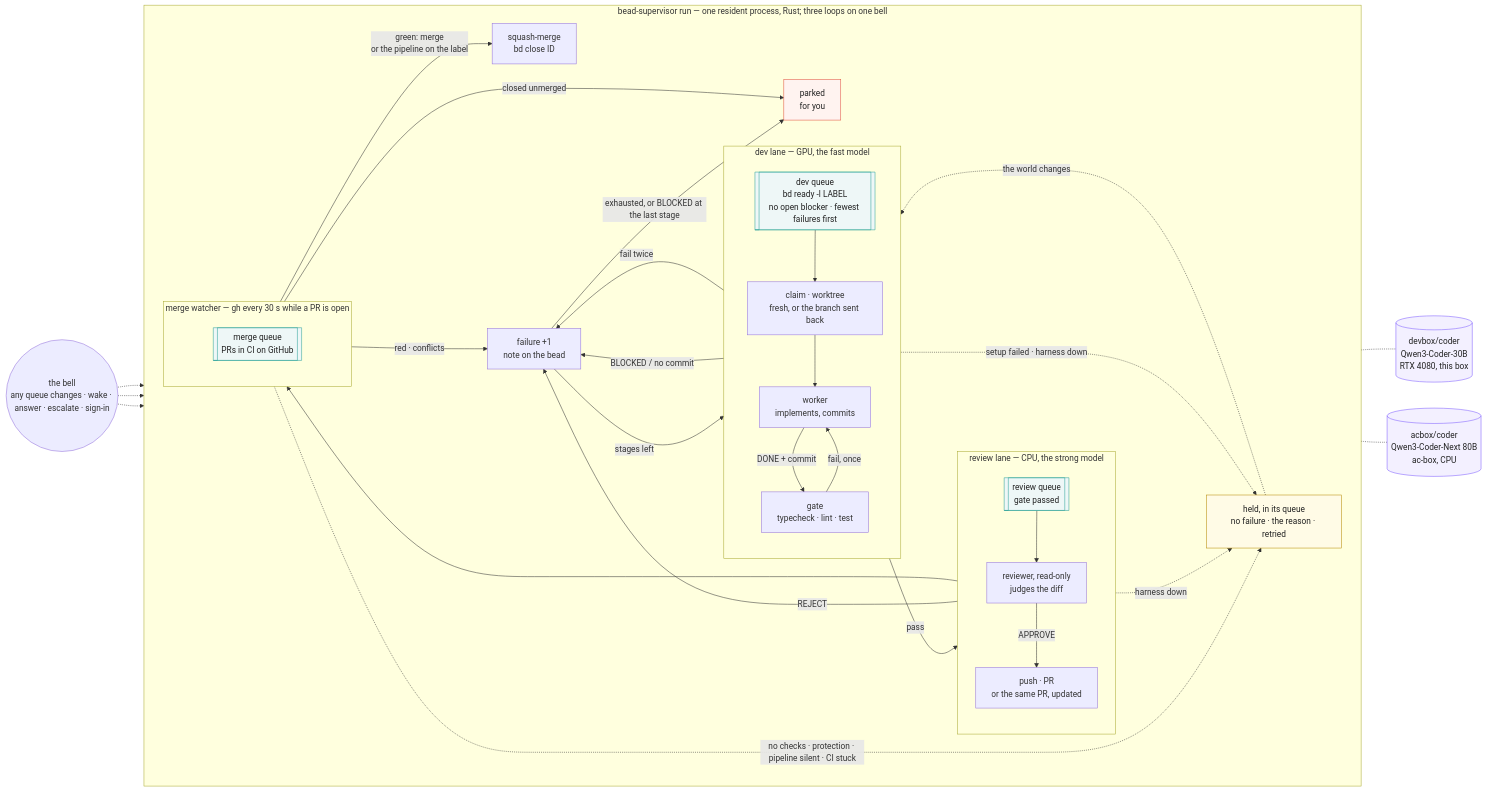
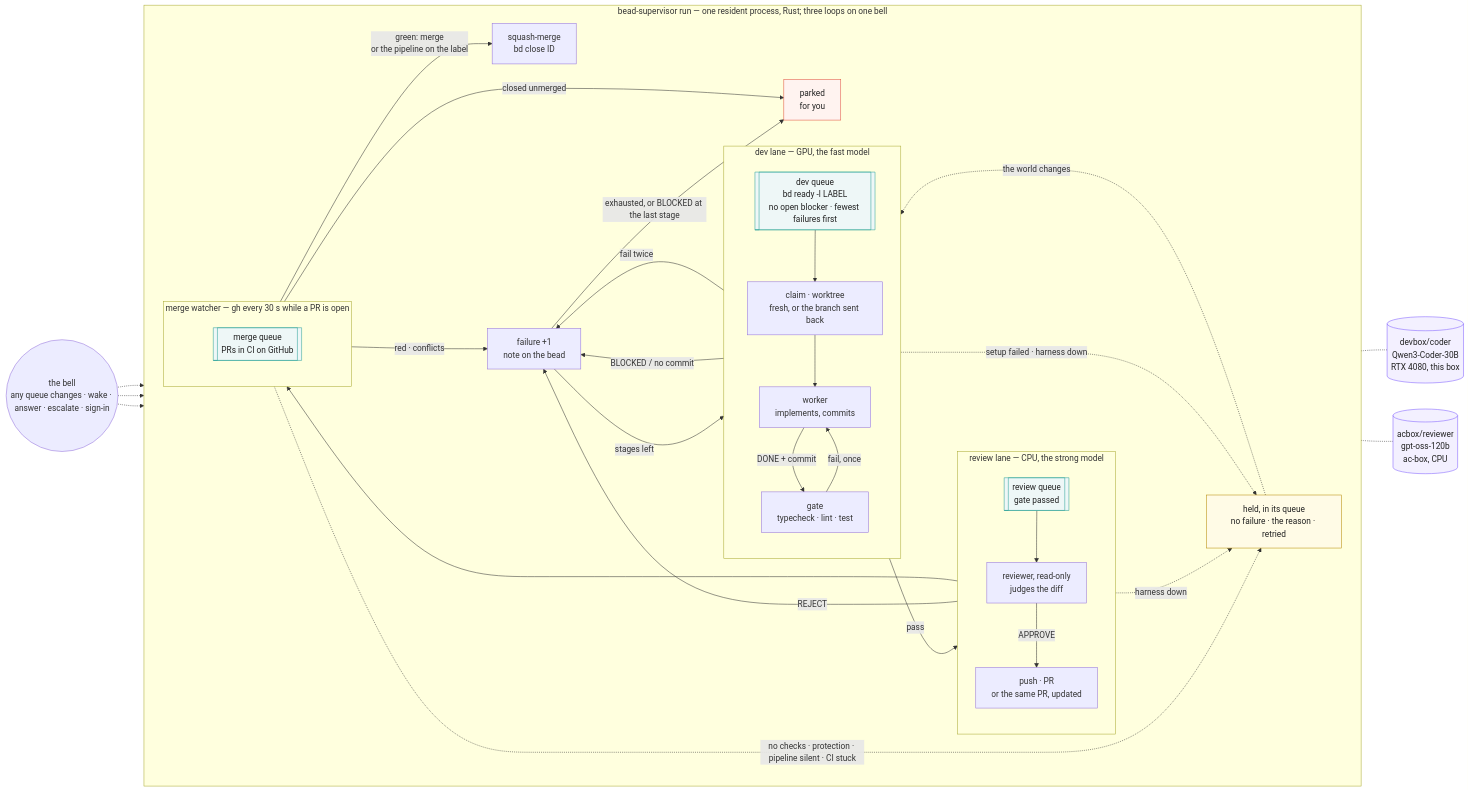
Before and after one commit to imkarrer/bead-loop: the diagram in README.md, drawn with Mermaid. The commit also changed other lines of this file and 2 other files, not shown here.

First line of the commit message:
docs: the reviewer is acbox/reviewer (gpt-oss-120b), a different family from every worker -- README, install.sh, the agent's default

````diff
--- a/README.md
+++ b/README.md
@@ -13,56 +13,56 @@
 ```mermaid
 flowchart LR
   subgraph run [bead-supervisor run — one resident process, Rust; three loops on one bell]
     direction LR
 
     subgraph devlane [dev lane — GPU, the fast model]
       direction TB
       DQ[[dev queue<br/>bd ready -l LABEL<br/>no open blocker · fewest failures first]] --> C[claim · worktree<br/>fresh, or the branch sent back]
       C --> W[worker<br/>implements, commits]
       W -- DONE + commit --> G[gate<br/>typecheck · lint · test]
       G -- fail, once --> W
     end
 
     subgraph reviewlane [review lane — CPU, the strong model]
       direction TB
       RQ[[review queue<br/>gate passed]] --> V[reviewer, read-only<br/>judges the diff]
       V -- APPROVE --> PR[push · PR<br/>or the same PR, updated]
     end
 
     subgraph watcher [merge watcher — gh every 30 s while a PR is open]
       direction TB
       MQ[[merge queue<br/>PRs in CI on GitHub]]
     end
 
     G -- pass --> RQ
     PR --> MQ
     MQ -- green: merge<br/>or the pipeline on the label --> M[squash-merge<br/>bd close ID]
     MQ -- red · conflicts --> F
     MQ -- closed unmerged --> H
     W -- BLOCKED / no commit --> F
     G -- fail twice --> F
     V -- REJECT --> F
     F[failure +1<br/>note on the bead] -- stages left --> DQ
     F -- exhausted, or BLOCKED at the last stage --> H[parked<br/>for you]
     W -. setup failed · harness down .-> HD
     V -. harness down .-> HD
     MQ -. no checks · protection · pipeline silent · CI stuck .-> HD
     HD[held, in its queue<br/>no failure · the reason · retried] -. the world changes .-> DQ
   end
 
   B((the bell<br/>any queue changes · wake · answer · escalate · sign-in)) -.-> devlane
   B -.-> reviewlane
   B -.-> watcher
 
   W -.- GPU[(devbox/coder<br/>Qwen3-Coder-30B<br/>RTX 4080, this box)]
-  V -.- CPU[(acbox/coder<br/>Qwen3-Coder-Next 80B<br/>ac-box, CPU)]
+  V -.- CPU[(acbox/reviewer<br/>gpt-oss-120b<br/>ac-box, CPU)]
 
   classDef model fill:#f3f0ff,stroke:#7c5cff,color:#222
   classDef stop fill:#fff3f0,stroke:#e0503c,color:#222
   classDef queue fill:#eef7f7,stroke:#2aa198,color:#222
   classDef hold fill:#fffbe6,stroke:#b58900,color:#222
   class GPU,CPU model
   class H stop
   class HD hold
   class DQ,RQ,MQ queue
 ```
````
